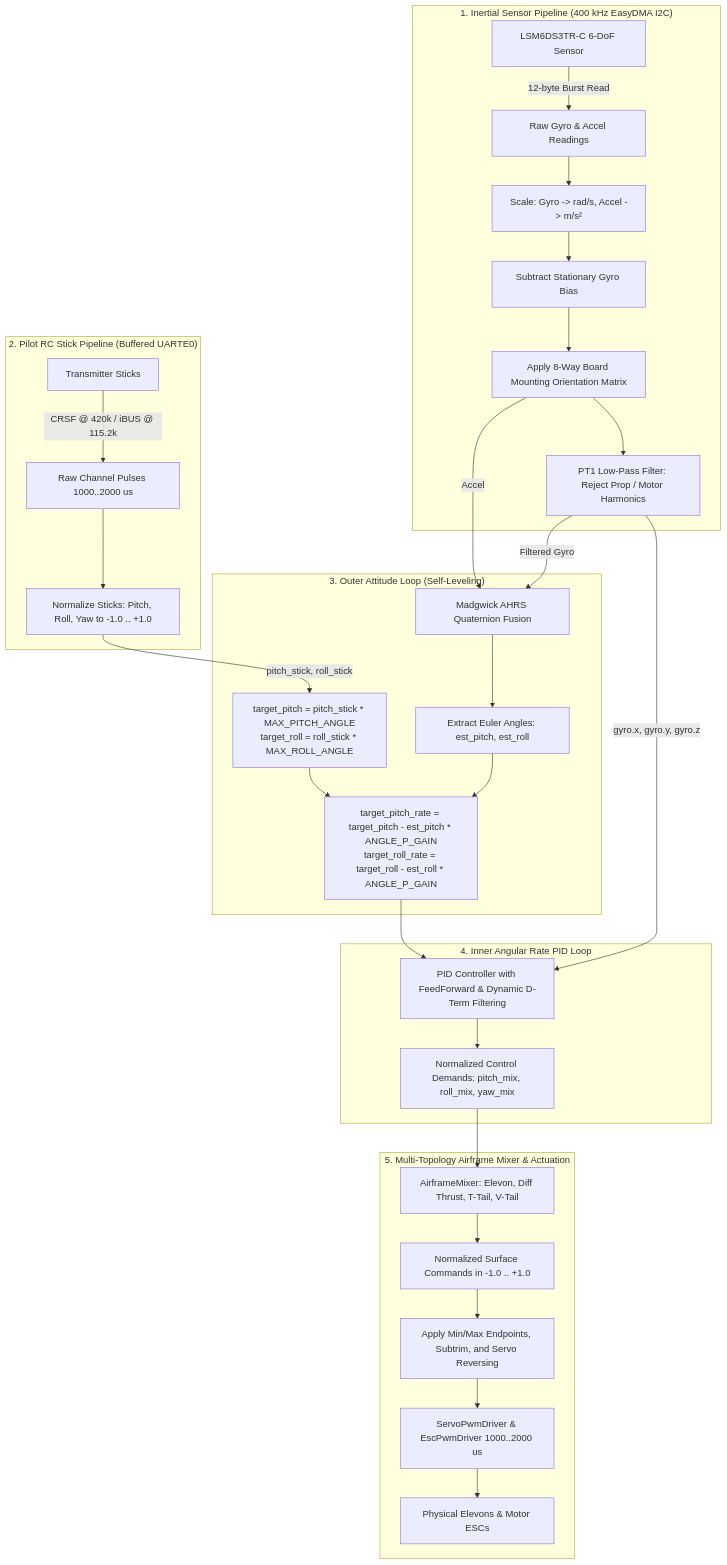
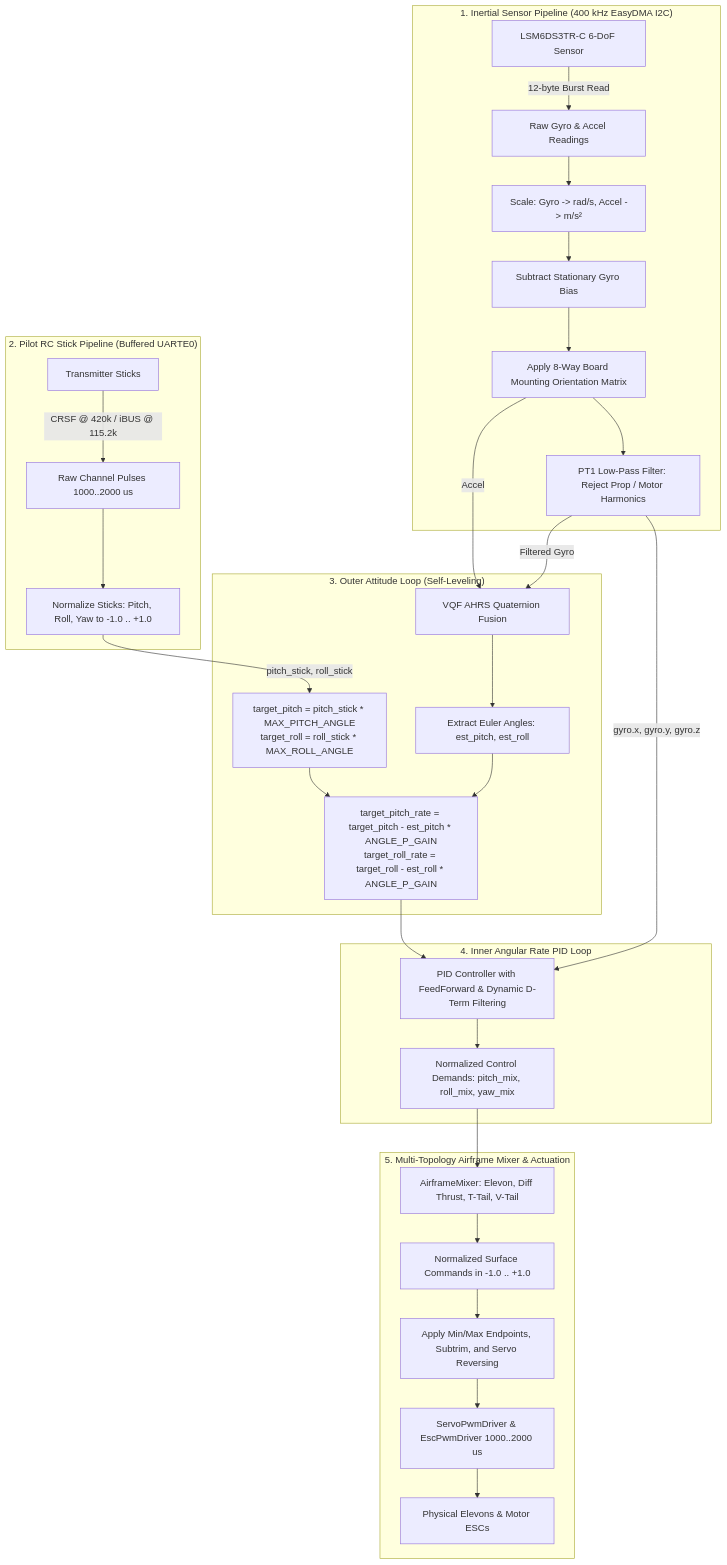
The third of 5 diagrams in docs/FLOWCHARTS.md (ferrox-rc/wingfc-rs), drawn with Mermaid before and after one commit. The commit also changed other lines of this file and 3 other files, not shown here.

Commit message:
docs: replace legacy Madgwick references with VQF AHRS across documentation

````diff
--- a/docs/FLOWCHARTS.md
+++ b/docs/FLOWCHARTS.md
@@ -82,39 +82,39 @@
 ```mermaid
 flowchart TD
     subgraph IMU_Pipeline["1. Inertial Sensor Pipeline (400 kHz EasyDMA I2C)"]
         SENS[LSM6DS3TR-C 6-DoF Sensor] -->|12-byte Burst Read| RAW[Raw Gyro & Accel Readings]
         RAW --> SCALE[Scale: Gyro -> rad/s, Accel -> m/s²]
         SCALE --> BIAS[Subtract Stationary Gyro Bias]
         BIAS --> ORIENT[Apply 8-Way Board Mounting Orientation Matrix]
         ORIENT --> LPF[PT1 Low-Pass Filter: Reject Prop / Motor Harmonics]
     end
 
     subgraph RC_Pipeline["2. Pilot RC Stick Pipeline (Buffered UARTE0)"]
         RADIO[Transmitter Sticks] -->|CRSF @ 420k / iBUS @ 115.2k| PKT[Raw Channel Pulses 1000..2000 us]
         PKT --> MAP[Normalize Sticks: Pitch, Roll, Yaw to -1.0 .. +1.0]
     end
 
     subgraph Outer_Loop["3. Outer Attitude Loop (Self-Leveling)"]
-        ORIENT -->|Accel| MADG[Madgwick AHRS Quaternion Fusion]
-        LPF -->|Filtered Gyro| MADG
-        MADG --> EULER[Extract Euler Angles: est_pitch, est_roll]
+        ORIENT -->|Accel| VQF[VQF AHRS Quaternion Fusion]
+        LPF -->|Filtered Gyro| VQF
+        VQF --> EULER[Extract Euler Angles: est_pitch, est_roll]
         
         MAP -->|pitch_stick, roll_stick| TARGET[target_pitch = pitch_stick * MAX_PITCH_ANGLE<br/>target_roll = roll_stick * MAX_ROLL_ANGLE]
         
         TARGET & EULER --> ERR_CALC[target_pitch_rate = target_pitch - est_pitch * ANGLE_P_GAIN<br/>target_roll_rate = target_roll - est_roll * ANGLE_P_GAIN]
     end
 
     subgraph Inner_Loop["4. Inner Angular Rate PID Loop"]
         ERR_CALC --> PID_BLOCK[PID Controller with FeedForward & Dynamic D-Term Filtering]
         LPF -->|gyro.x, gyro.y, gyro.z| PID_BLOCK
         PID_BLOCK --> MIX_DEMANDS[Normalized Control Demands: pitch_mix, roll_mix, yaw_mix]
     end
 
     subgraph Mixing_Output["5. Multi-Topology Airframe Mixer & Actuation"]
         MIX_DEMANDS --> MIX_TOPOLOGY[AirframeMixer: Elevon, Diff Thrust, T-Tail, V-Tail]
         MIX_TOPOLOGY --> SERVOS_NORM[Normalized Surface Commands in -1.0 .. +1.0]
         SERVOS_NORM --> SERVO_CFG[Apply Min/Max Endpoints, Subtrim, and Servo Reversing]
         SERVO_CFG --> PWM_HARDWARE[ServoPwmDriver & EscPwmDriver 1000..2000 us]
         PWM_HARDWARE --> FLIGHT_SURFACES[Physical Elevons & Motor ESCs]
     end
 ```
````
